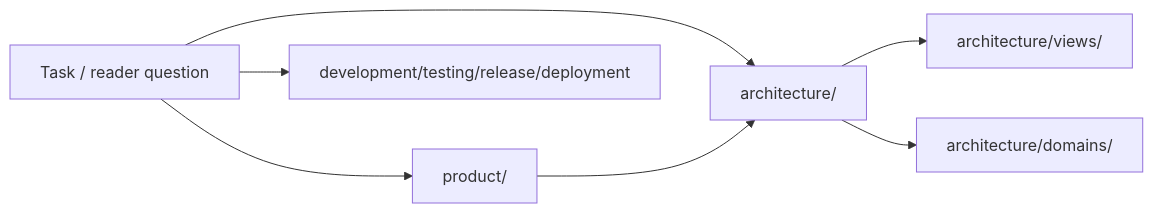
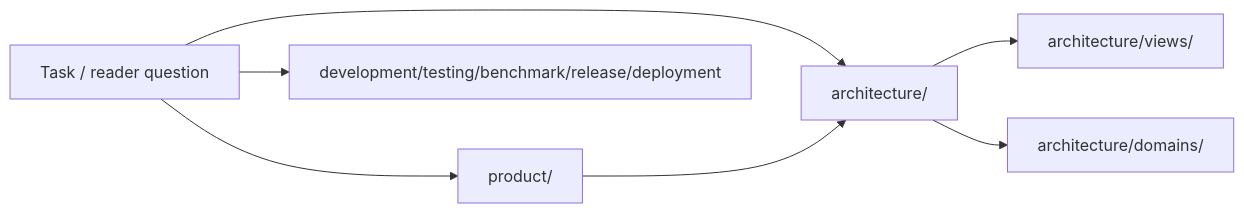
The diagram in skills/ssot-bootstrap/assets/templates/en/ssot-readme.md (huangpufan/SSOT-SKILL), drawn with Mermaid before and after one commit. The commit also changed other lines of this file and 33 other files, not shown here.

````diff
--- a/skills/ssot-bootstrap/assets/templates/en/ssot-readme.md
+++ b/skills/ssot-bootstrap/assets/templates/en/ssot-readme.md
@@ -35,9 +36,9 @@
 ```mermaid
 flowchart LR
   start["Task / reader question"] --> arch["architecture/"]
   start --> product["product/"]
-  start --> ops["development/testing/release/deployment"]
+  start --> ops["development/testing/benchmark/release/deployment"]
   product --> arch
   arch --> views["architecture/views/"]
   arch --> domains["architecture/domains/"]
 ```
````
